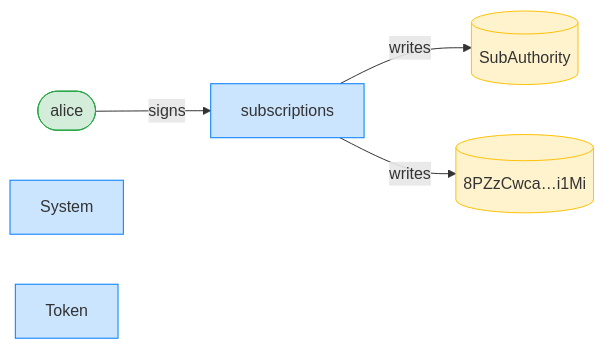
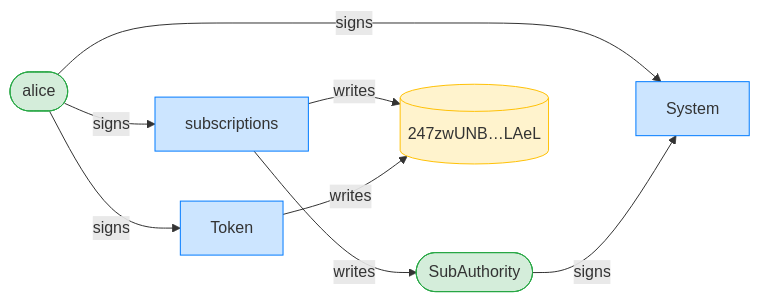
One commit to cds-rs/subscriptions changed the third of 12 diagrams in dsl_tests/subscribe-rejects-a-duplicate.md. Above: the diagram before and after it, drawn with Mermaid. The commit also changed other lines of this file and 224 other files, not shown here.

````diff
--- a/dsl_tests/subscribe-rejects-a-duplicate.md
+++ b/dsl_tests/subscribe-rejects-a-duplicate.md
@@ -55,15 +56,19 @@
 ```mermaid
 flowchart LR
     classDef signer fill:#d4edda,stroke:#28a745;
     classDef program fill:#cce5ff,stroke:#007bff;
     classDef writable fill:#fff3cd,stroke:#ffc107;
     subscriptions[subscriptions]:::program
     alice([alice]):::signer
-    SubAuthority[(SubAuthority)]:::writable
-    8PZzCwca_i1Mi[("8PZzCwca…i1Mi")]:::writable
+    SubAuthority([SubAuthority]):::signer
+    247zwUNB_LAeL[("247zwUNB…LAeL")]:::writable
     System[System]:::program
     Token[Token]:::program
     alice -->|signs| subscriptions
+    alice -->|signs| System
+    SubAuthority -->|signs| System
+    alice -->|signs| Token
     subscriptions -->|writes| SubAuthority
-    subscriptions -->|writes| 8PZzCwca_i1Mi
+    subscriptions -->|writes| 247zwUNB_LAeL
+    Token -->|writes| 247zwUNB_LAeL
 ```
````
